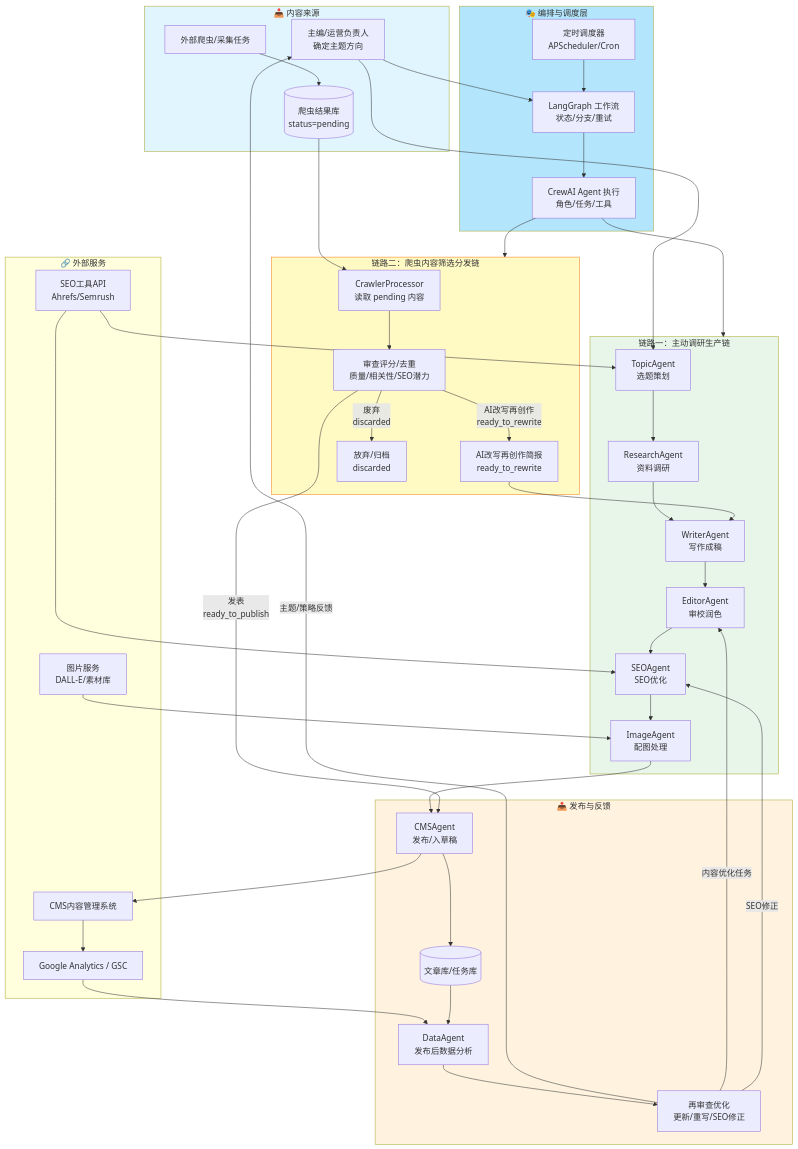
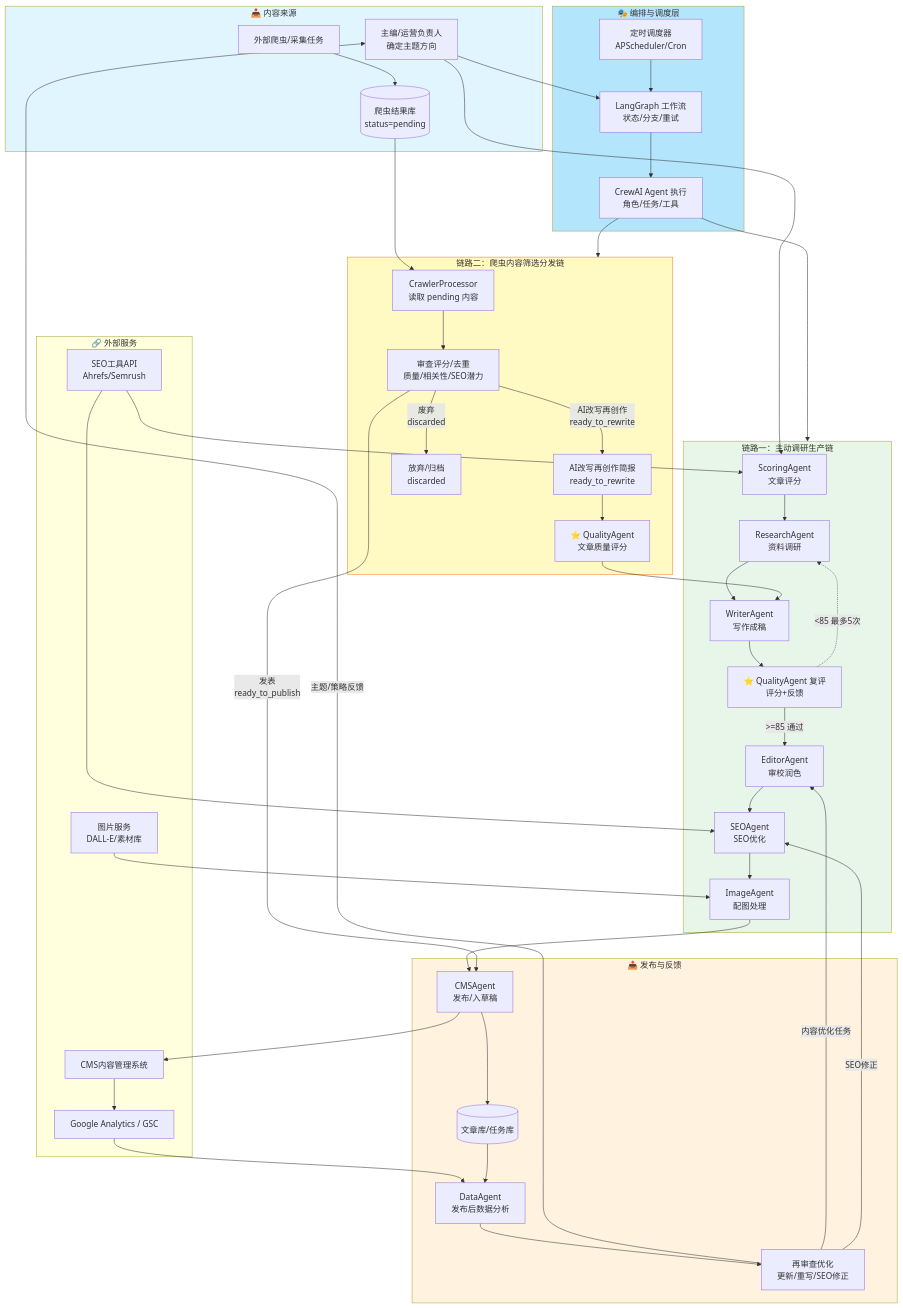
Before and after one commit to flyingsnowzz/Multi-Agent-Automatic-Operation-Website: the first of 7 diagrams in 02-技术实现规范.md, drawn with Mermaid. The commit also changed other lines of this file and 4 other files, not shown here.

```diff
--- a/02-技术实现规范.md
+++ b/02-技术实现规范.md
@@ -37,9 +37,10 @@
     end
 
     subgraph ACTIVE_CHAIN["链路一：主动调研生产链"]
-        TOPIC["TopicAgent<br/>选题策划"]
+        TOPIC["ScoringAgent<br/>文章评分"]
         RESEARCH["ResearchAgent<br/>资料调研"]
         WRITER["WriterAgent<br/>写作成稿"]
+        QUALITY_REV["⭐ QualityAgent 复评<br/>评分+反馈"]
         EDITOR["EditorAgent<br/>审校润色"]
         SEO["SEOAgent<br/>SEO优化"]
         IMAGE["ImageAgent<br/>配图处理"]
@@ -49,6 +50,7 @@
         CRAWLER["CrawlerProcessor<br/>读取 pending 内容"]
         REVIEW["审查评分/去重<br/>质量/相关性/SEO潜力"]
         REWRITE_BRIEF["AI改写再创作简报<br/>ready_to_rewrite"]
+        QUALITY["⭐ QualityAgent<br/>文章质量评分"]
         DISCARD["放弃/归档<br/>discarded"]
     end
 
@@ -73,12 +75,15 @@
     CREW --> CRAWLER_CHAIN
 
     CHIEF --> TOPIC
-    TOPIC --> RESEARCH --> WRITER --> EDITOR --> SEO --> IMAGE --> CMS_AGENT
+    TOPIC --> RESEARCH --> WRITER --> QUALITY_REV
+    QUALITY_REV -->|">=85 通过"| EDITOR
+    QUALITY_REV -.->|"<85 最多5次"| RESEARCH
+    EDITOR --> SEO --> IMAGE --> CMS_AGENT
 
     SPIDER --> CRAWLER_DB
     CRAWLER_DB --> CRAWLER --> REVIEW
     REVIEW -->|"发表<br/>ready_to_publish"| CMS_AGENT
-    REVIEW -->|"AI改写再创作<br/>ready_to_rewrite"| REWRITE_BRIEF --> WRITER
+    REVIEW -->|"AI改写再创作<br/>ready_to_rewrite"| REWRITE_BRIEF --> QUALITY --> WRITER
     REVIEW -->|"废弃<br/>discarded"| DISCARD
 
     CMS_AGENT --> CMS
```
